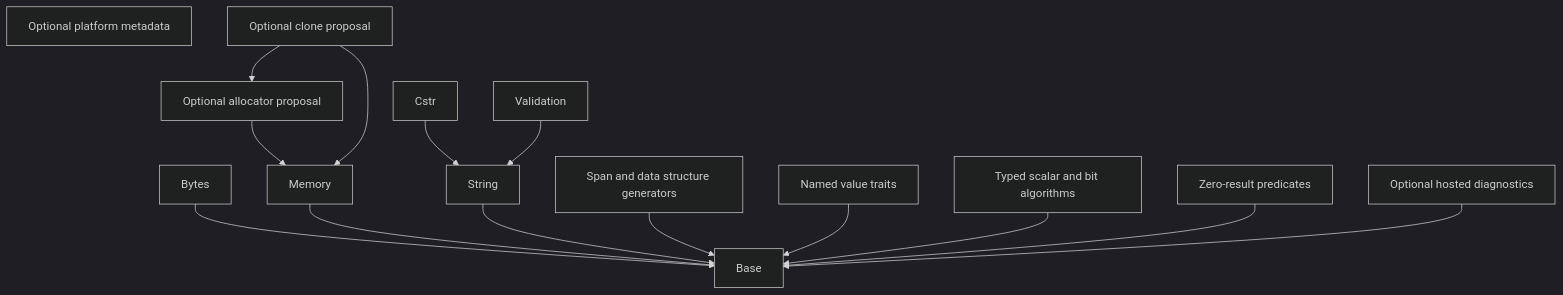
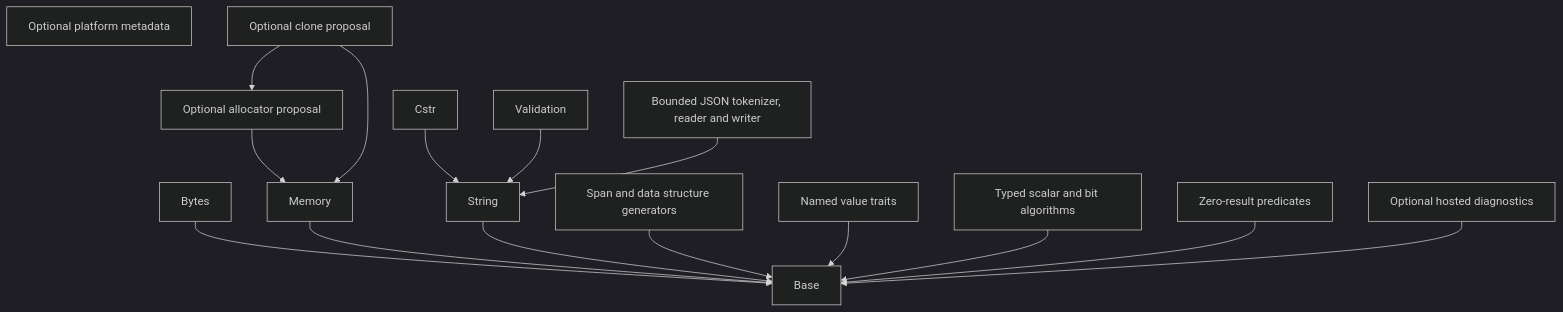
The diagram in docs/architecture/layers.md (JavadMoslehi/hps_framework), drawn with Mermaid (dark theme) before and after one commit. The commit also changed other lines of this file and 38 other files, not shown here.

Commit message:
Migrate bounded lifetime, collection, text and JSON capabilities

````diff
--- a/docs/architecture/layers.md
+++ b/docs/architecture/layers.md
@@ -6,17 +6,18 @@
 ```mermaid
 graph TD
     Bytes --> Base
     Memory --> Base
     String --> Base
     Containers[Span and data structure generators] --> Base
     Enum[Named value traits] --> Base
     Platform[Optional platform metadata]
     Algorithms[Typed scalar and bit algorithms] --> Base
     Results[Zero-result predicates] --> Base
     Hosted[Optional hosted diagnostics] --> Base
     Cstr --> String
     Validation --> String
+    JSON[Bounded JSON tokenizer, reader and writer] --> String
     Clone[Optional clone proposal] --> Allocator[Optional allocator proposal]
     Allocator --> Memory
     Clone --> Memory
 ```
````
